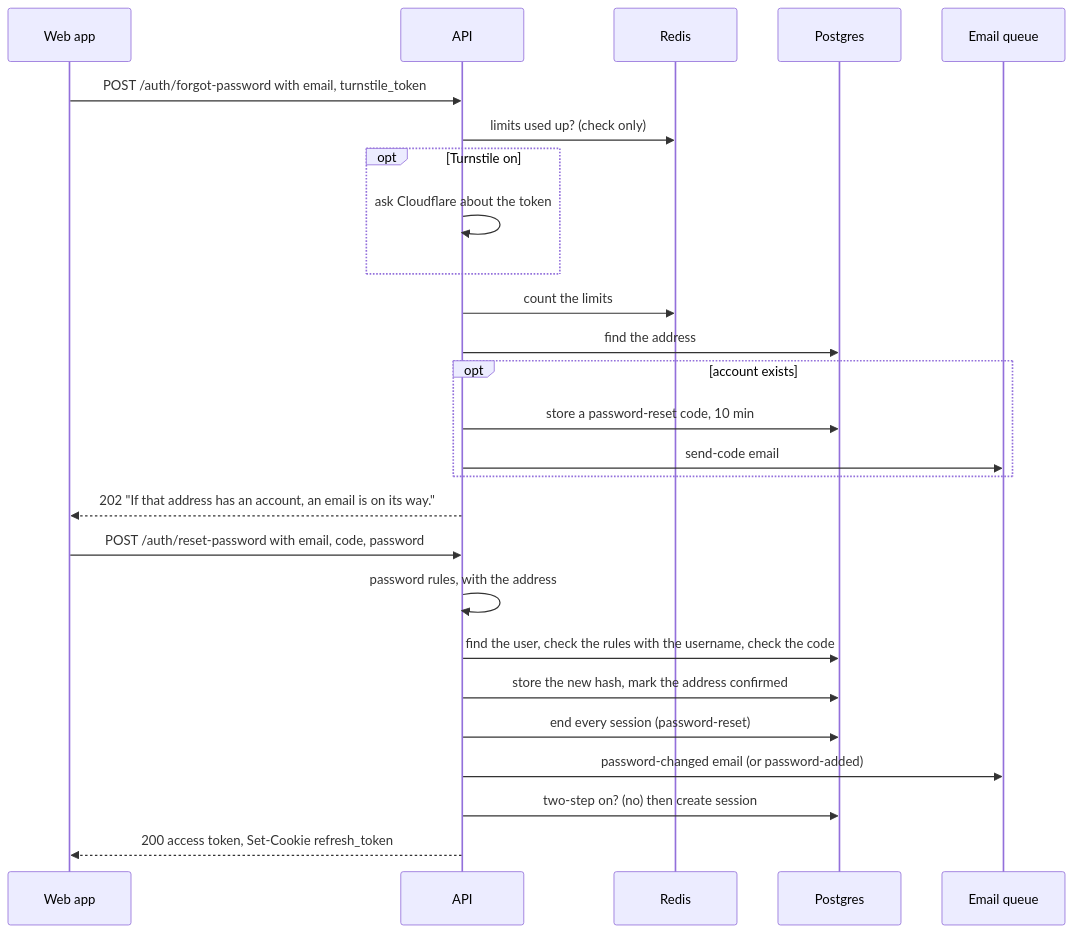
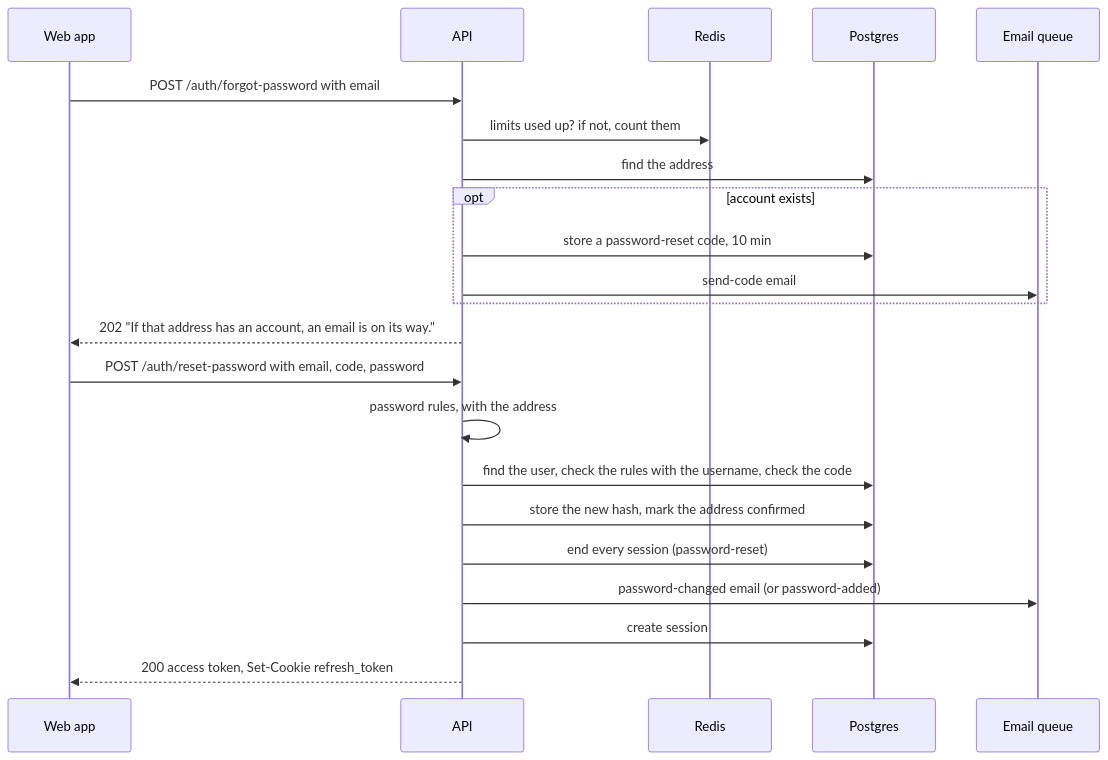
One commit to StoriuSs/NezFocus-Backend changed the sixth of 11 diagrams in docs/auth/flows.md. Above: the diagram before and after it, drawn with Mermaid. The commit also changed other lines of this file and 177 other files, not shown here.

First line of the commit message:
refactor(auth): remove two-step sign-in and Turnstile

````diff
--- a/docs/auth/flows.md
+++ b/docs/auth/flows.md
@@ -420,28 +321,24 @@
 ```mermaid
 sequenceDiagram
     participant W as Web app
     participant A as API
     participant R as Redis
     participant P as Postgres
     participant Q as Email queue
-    W->>A: POST /auth/forgot-password with email, turnstile_token
-    A->>R: limits used up? (check only)
-    opt Turnstile on
-        A->>A: ask Cloudflare about the token
-    end
-    A->>R: count the limits
+    W->>A: POST /auth/forgot-password with email
+    A->>R: limits used up? if not, count them
     A->>P: find the address
     opt account exists
         A->>P: store a password-reset code, 10 min
         A->>Q: send-code email
     end
     A-->>W: 202 "If that address has an account, an email is on its way."
     W->>A: POST /auth/reset-password with email, code, password
     A->>A: password rules, with the address
     A->>P: find the user, check the rules with the username, check the code
     A->>P: store the new hash, mark the address confirmed
     A->>P: end every session (password-reset)
     A->>Q: password-changed email (or password-added)
-    A->>P: two-step on? (no) then create session
+    A->>P: create session
     A-->>W: 200 access token, Set-Cookie refresh_token
 ```
````
